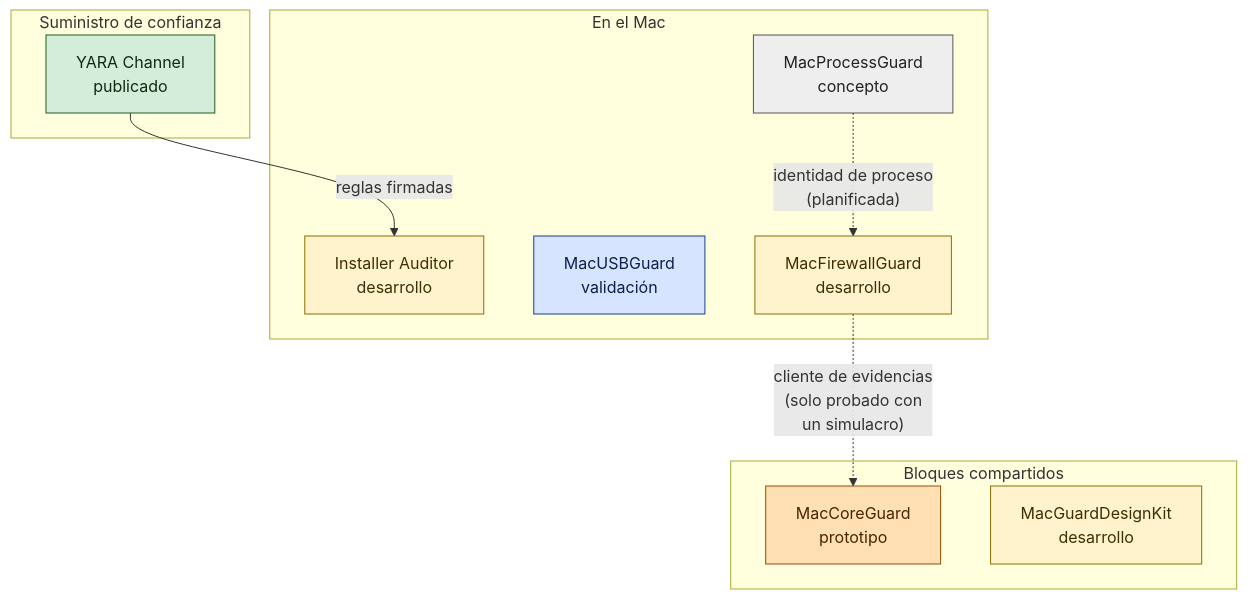
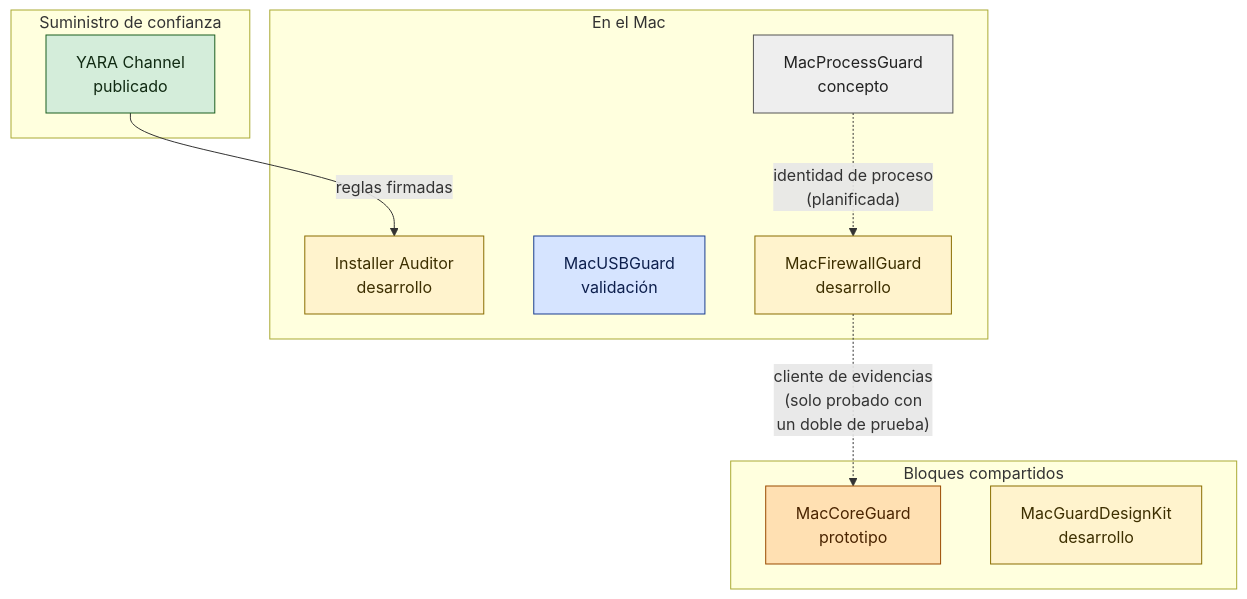
Before and after one commit to MacGuard/macguard-yara-channel: the diagram in docs/wiki/diagrams/ecosystem-map.es.mmd, drawn with Mermaid. The commit also changed 1 other file, not shown here.

Commit message:
docs(wiki): use 'doble de prueba' for mock in the ecosystem diagram

```diff
--- a/docs/wiki/diagrams/ecosystem-map.es.mmd
+++ b/docs/wiki/diagrams/ecosystem-map.es.mmd
@@ -1,22 +1,22 @@
 flowchart TB
   subgraph SUP["Suministro de confianza"]
     YC["YARA Channel<br/>publicado"]:::pub
   end
   subgraph MAC["En el Mac"]
     IA["Installer Auditor<br/>desarrollo"]:::dev
     USB["MacUSBGuard<br/>validación"]:::val
     FW["MacFirewallGuard<br/>desarrollo"]:::dev
     PG["MacProcessGuard<br/>concepto"]:::con
   end
   subgraph SH["Bloques compartidos"]
     CORE["MacCoreGuard<br/>prototipo"]:::pro
     DK["MacGuardDesignKit<br/>desarrollo"]:::dev
   end
   YC -->|"reglas firmadas"| IA
   PG -.->|"identidad de proceso<br/>(planificada)"| FW
-  FW -.->|"cliente de evidencias<br/>(solo probado con<br/>un simulacro)"| CORE
+  FW -.->|"cliente de evidencias<br/>(solo probado con<br/>un doble de prueba)"| CORE
   classDef pub fill:#d4edda,stroke:#1b5e20,color:#102a12
   classDef val fill:#d6e4ff,stroke:#1a3d8f,color:#0d1f4d
   classDef dev fill:#fff3cd,stroke:#8a6d00,color:#3d2f00
   classDef pro fill:#ffe0b2,stroke:#9a4b00,color:#4a2400
   classDef con fill:#eeeeee,stroke:#555555,color:#222222
```
